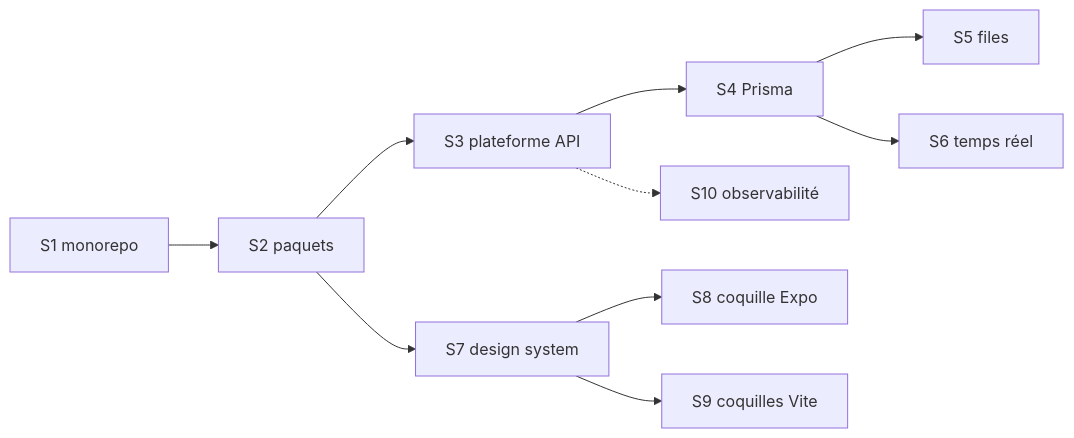
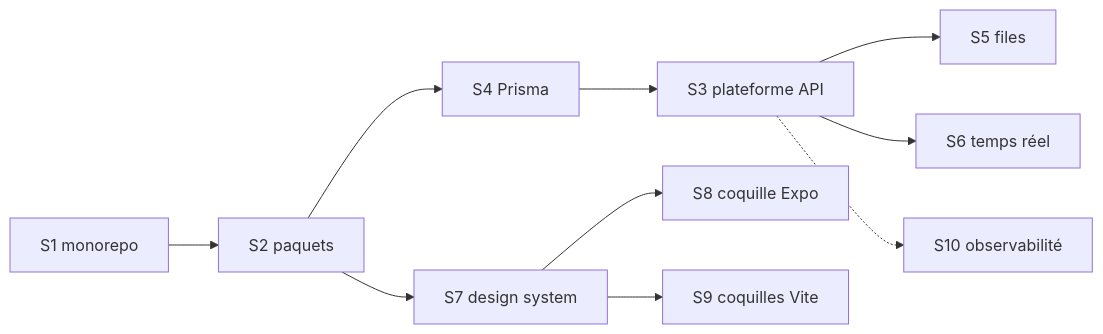
The diagram in plan/VAGUE0-socle.md (andokevin/jp), drawn with Mermaid before and after one commit. The commit also changed other lines of this file, not shown here.

Commit message:
Correction de l'ordre du socle : la base avant la plateforme
plan/VAGUE0-socle.md dessinait S3 → S4. C'était faux.

L'idempotence de S3 conserve ses clés 24 h dans une TABLE, et ses tests
ont besoin d'un PostgreSQL réel — c'est-à-dire de S4. Écrite avant, elle
l'aurait été contre une interface vide, puis réécrite une fois la base
disponible. RB10 se joue dans cette brique : la construire deux fois est
exactement ce qu'il ne faut pas faire.

L'ordre réel est S1 → S2 → S4 → S3, et c'est celui qu'on a suivi sans
que le document le dise. Il le dit maintenant, avec la raison.

````diff
--- a/plan/VAGUE0-socle.md
+++ b/plan/VAGUE0-socle.md
@@ -11,12 +13,12 @@
 ```mermaid
 flowchart LR
   S1[S1 monorepo] --> S2[S2 paquets]
-  S2 --> S3[S3 plateforme API]
-  S3 --> S4[S4 Prisma]
-  S4 --> S5[S5 files]
-  S4 --> S6[S6 temps réel]
+  S2 --> S4[S4 Prisma]
+  S4 --> S3[S3 plateforme API]
+  S3 --> S5[S5 files]
+  S3 --> S6[S6 temps réel]
   S2 --> S7[S7 design system]
   S7 --> S8[S8 coquille Expo]
   S7 --> S9[S9 coquilles Vite]
   S3 -.-> S10[S10 observabilité]
 ```
````
